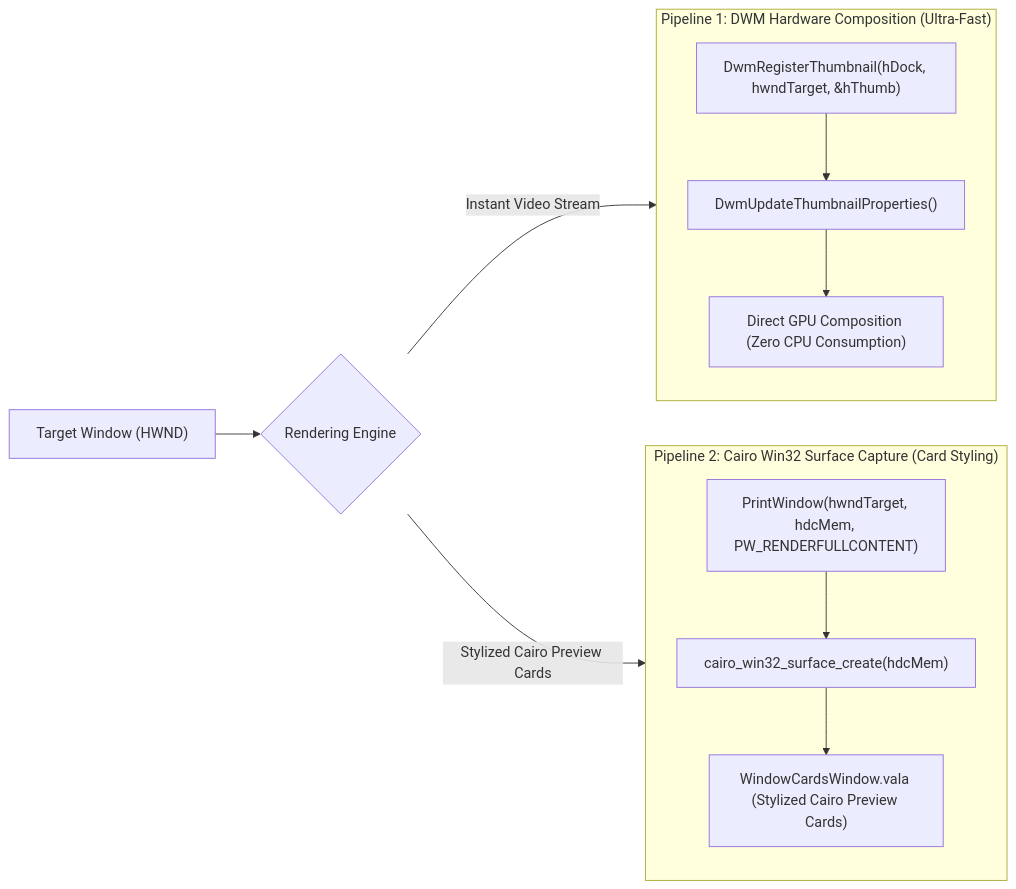
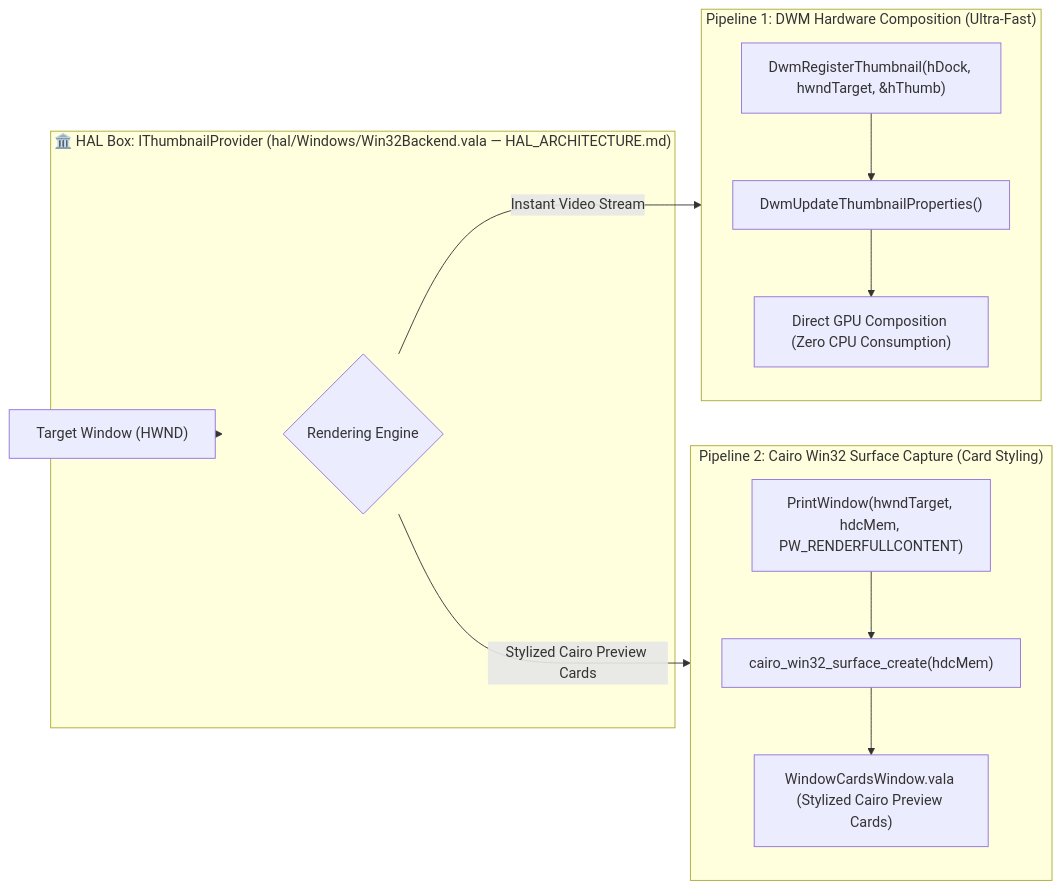
One commit to sergiomelas/WayPlank changed the fifth of 7 diagrams in Documentation/WINPLANK_PORT_BATTLE_PLAN.md. Above: the diagram before and after it, drawn with Mermaid. The commit also changed other lines of this file and 174 other files, not shown here.

````diff
--- a/Documentation/WINPLANK_PORT_BATTLE_PLAN.md
+++ b/Documentation/WINPLANK_PORT_BATTLE_PLAN.md
@@ -268,17 +277,21 @@
 ```mermaid
 flowchart LR
-    TARGET["Target Window (HWND)"] --> CHOOSE{"Rendering Engine"}
+    TARGET["Target Window (HWND)"] --> HAL_THUMB
+
+    subgraph HAL_THUMB ["🏛️ HAL Box: IThumbnailProvider (hal/Windows/Win32Backend.vala — HAL_ARCHITECTURE.md)"]
+        CHOOSE{"Rendering Engine"}
+    end
 
     subgraph DWM_STREAM ["Pipeline 1: DWM Hardware Composition (Ultra-Fast)"]
         D1["DwmRegisterThumbnail(hDock, hwndTarget, &hThumb)"] --> D2["DwmUpdateThumbnailProperties()"]
         D2 --> D3["Direct GPU Composition (Zero CPU Consumption)"]
     end
 
     subgraph CAIRO_STREAM ["Pipeline 2: Cairo Win32 Surface Capture (Card Styling)"]
         C1["PrintWindow(hwndTarget, hdcMem, PW_RENDERFULLCONTENT)"] --> C2["cairo_win32_surface_create(hdcMem)"]
         C2 --> C3["WindowCardsWindow.vala (Stylized Cairo Preview Cards)"]
     end
 
     CHOOSE -->|"Instant Video Stream"| DWM_STREAM
     CHOOSE -->|"Stylized Cairo Preview Cards"| CAIRO_STREAM
 ```
````
